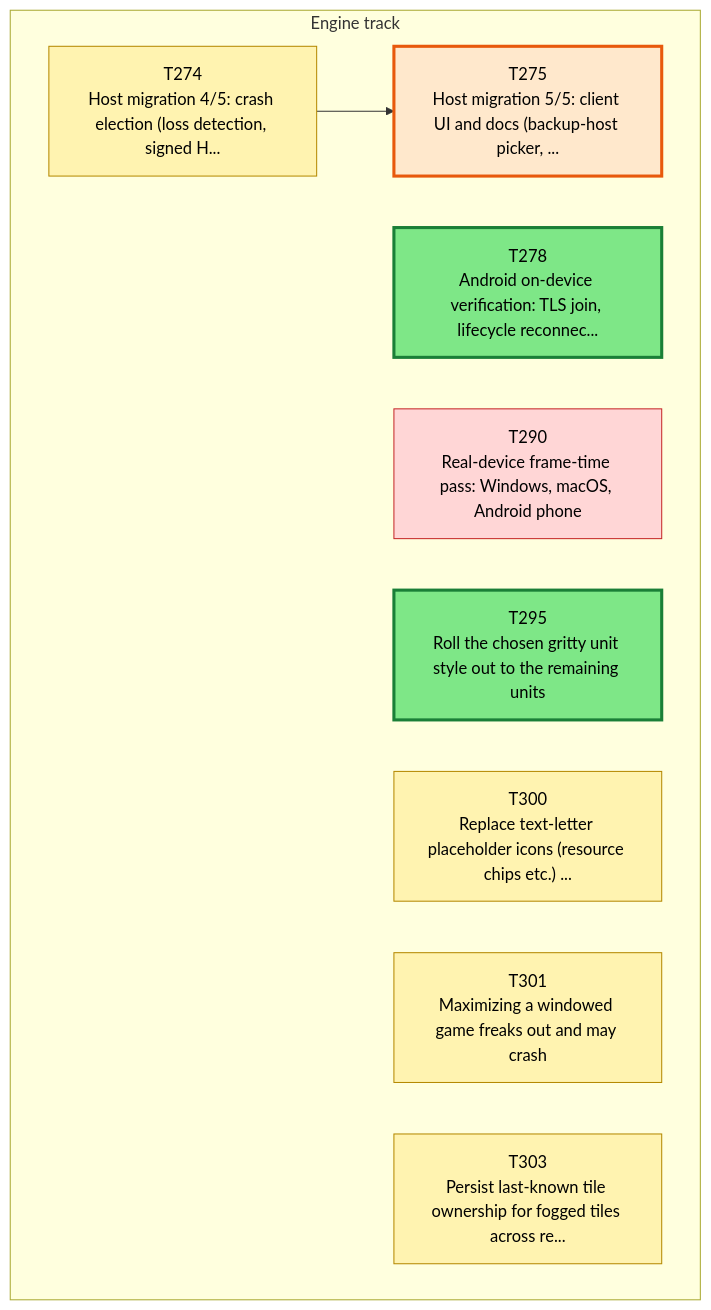
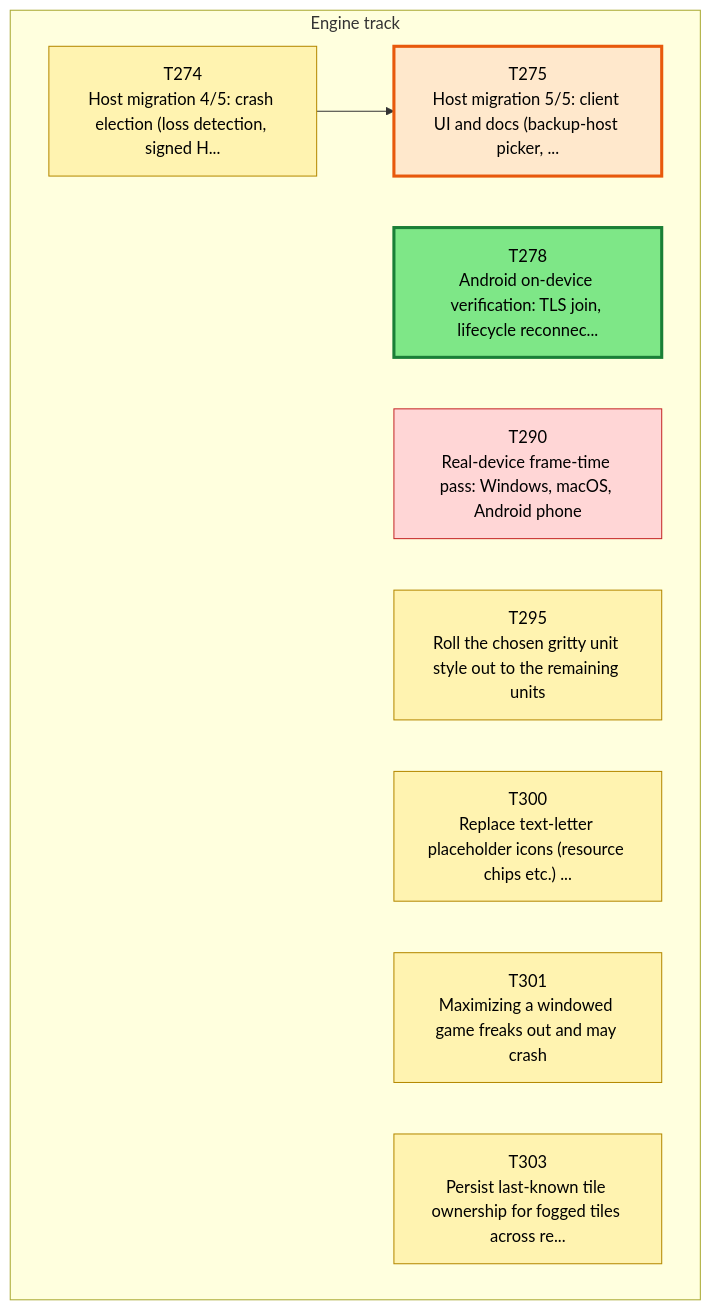
The first of 3 diagrams in csharp/migration/DEPENDENCY_MAP.md (Kenmura/Unciv), drawn with Mermaid before and after one commit. The commit also changed other lines of this file and 1 other file, not shown here.

````diff
--- a/csharp/migration/DEPENDENCY_MAP.md
+++ b/csharp/migration/DEPENDENCY_MAP.md
@@ -35,29 +35,29 @@
 ```mermaid
 flowchart TD
   subgraph TTRACK["Engine track"]
     T274["T274<br/>Host migration 4/5: crash election (loss detection, signed H..."]
     T275["T275<br/>Host migration 5/5: client UI and docs (backup-host picker, ..."]
     T278["T278<br/>Android on-device verification: TLS join, lifecycle reconnec..."]
     T290["T290<br/>Real-device frame-time pass: Windows, macOS, Android phone"]
     T295["T295<br/>Roll the chosen gritty unit style out to the remaining units"]
     T300["T300<br/>Replace text-letter placeholder icons (resource chips etc.) ..."]
     T301["T301<br/>Maximizing a windowed game freaks out and may crash"]
     T303["T303<br/>Persist last-known tile ownership for fogged tiles across re..."]
   end
   T274 --> T275
   classDef waiting fill:#f3faf3,stroke:#9bc49b,color:#555,stroke-dasharray:2 2
   classDef ondeck fill:#ffe8cc,stroke:#e8590c,stroke-width:3px,color:#000
   classDef ready fill:#7ee787,stroke:#1a7f37,stroke-width:3px,color:#000
   classDef prog fill:#fff3b0,stroke:#b58900,color:#000
   classDef review fill:#cfe4ff,stroke:#1f6feb,color:#000
   classDef blocked fill:#ffd6d6,stroke:#c62828,color:#000
   classDef done fill:#eeeeee,stroke:#999999,color:#666,stroke-dasharray:4 3
   class T274 prog
   class T275 ondeck
   class T278 ready
   class T290 blocked
-  class T295 ready
+  class T295 prog
   class T300 prog
   class T301 prog
   class T303 prog
 ```
````
